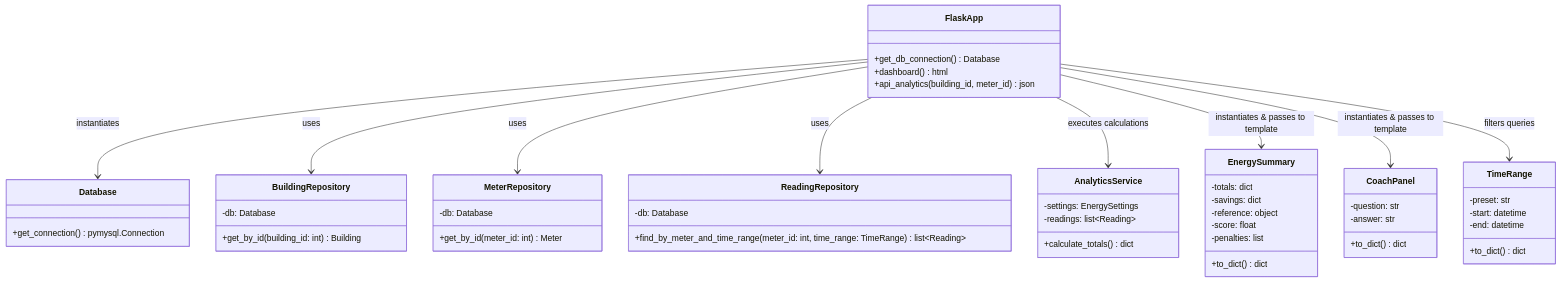
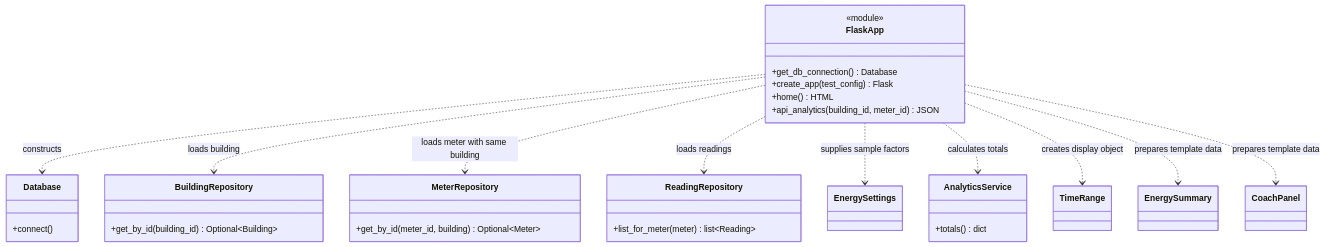
The sixth of 8 diagrams in README.md (danial-rafiee/Capstone-Project), drawn with Mermaid before and after one commit. The commit also changed other lines of this file and 7 other files, not shown here.

Commit message:
Document subsystem B with Mermaid diagrams and current branch structure

````diff
--- a/README.md
+++ b/README.md
@@ -444,64 +562,34 @@
 ```mermaid
 classDiagram
     class FlaskApp {
+        <<module>>
         +get_db_connection() Database
-        +dashboard() html
-        +api_analytics(building_id, meter_id) json
+        +create_app(test_config) Flask
+        +home() HTML
+        +api_analytics(building_id, meter_id) JSON
     }
-
-    class TimeRange {
-        -preset: str
-        -start: datetime
-        -end: datetime
-        +to_dict() dict
+    class Database {
+        +connect()
     }
-
-    class EnergySummary {
-        -totals: dict
-        -savings: dict
-        -reference: object
-        -score: float
-        -penalties: list
-        +to_dict() dict
+    class BuildingRepository {
+        +get_by_id(building_id) Optional~Building~
     }
-
-    class CoachPanel {
-        -question: str
-        -answer: str
-        +to_dict() dict
+    class MeterRepository {
+        +get_by_id(meter_id, building) Optional~Meter~
     }
-
-    class Database {
-        +get_connection() pymysql.Connection
+    class ReadingRepository {
+        +list_for_meter(meter) list~Reading~
     }
-
-    class BuildingRepository {
-        -db: Database
-        +get_by_id(building_id: int) Building
+    class AnalyticsService {
+        +totals() dict
     }
-
-    class MeterRepository {
-        -db: Database
-        +get_by_id(meter_id: int) Meter
-    }
-
-    class ReadingRepository {
-        -db: Database
-        +find_by_meter_and_time_range(meter_id: int, time_range: TimeRange) list~Reading~
-    }
-
-    class AnalyticsService {
-        -settings: EnergySettings
-        -readings: list~Reading~
-        +calculate_totals() dict
-    }
-
-    FlaskApp --> Database : instantiates
-    FlaskApp --> BuildingRepository : uses
-    FlaskApp --> MeterRepository : uses
-    FlaskApp --> ReadingRepository : uses
-    FlaskApp --> AnalyticsService : executes calculations
-    FlaskApp --> EnergySummary : instantiates & passes to template
-    FlaskApp --> CoachPanel : instantiates & passes to template
-    FlaskApp --> TimeRange : filters queries
+    FlaskApp ..> Database : constructs
+    FlaskApp ..> BuildingRepository : loads building
+    FlaskApp ..> MeterRepository : loads meter with same building
+    FlaskApp ..> ReadingRepository : loads readings
+    FlaskApp ..> EnergySettings : supplies sample factors
+    FlaskApp ..> AnalyticsService : calculates totals
+    FlaskApp ..> TimeRange : creates display object
+    FlaskApp ..> EnergySummary : prepares template data
+    FlaskApp ..> CoachPanel : prepares template data
 ```
````
